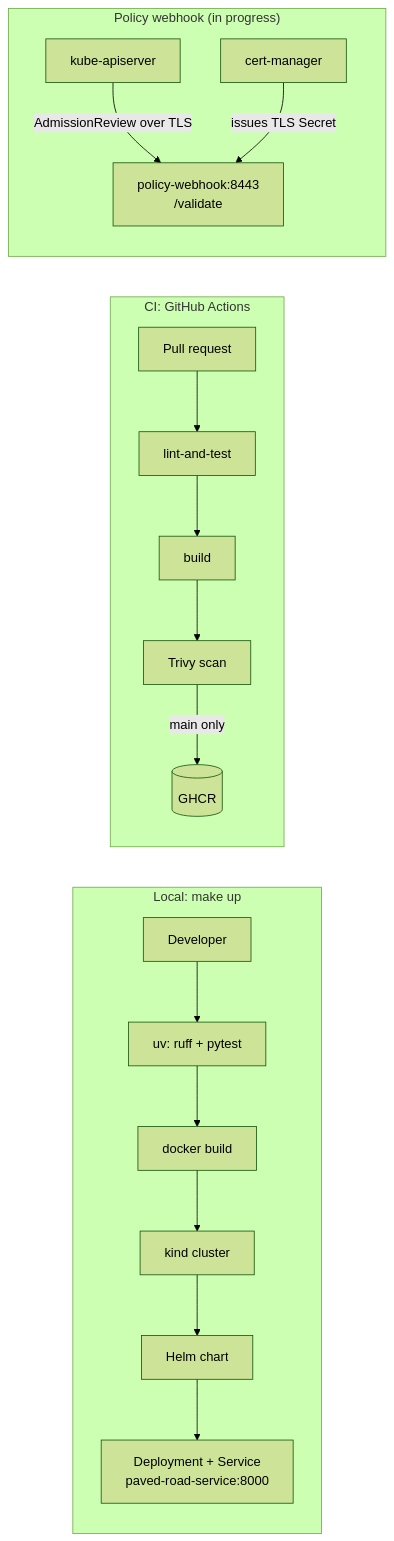
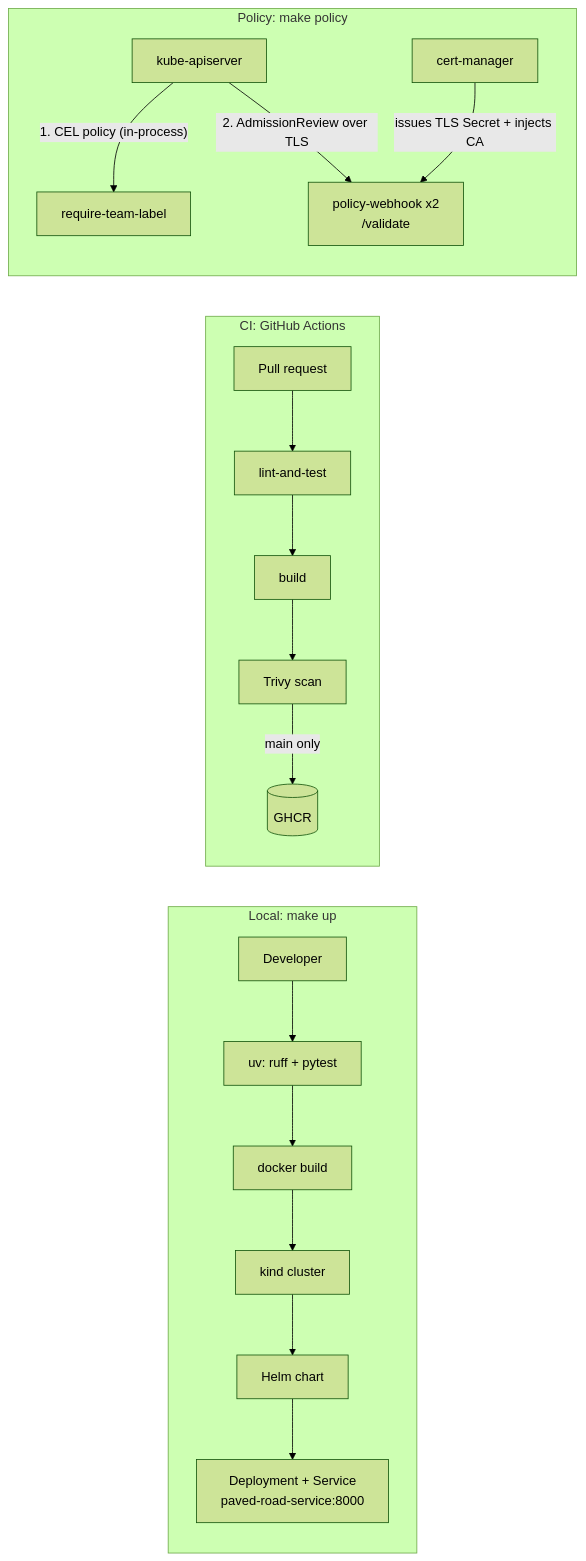
One commit to Shirojoufu/Service-Template changed the diagram in README.md. Above: the diagram before and after it, drawn with Mermaid (forest theme). The commit also changed other lines of this file and 7 other files, not shown here.

First line of the commit message:
Wire the policy webhook into the cluster (#12)

````diff
--- a/README.md
+++ b/README.md
@@ -95,22 +116,23 @@
 ```mermaid
 flowchart LR
     subgraph local["Local: make up"]
         dev[Developer] --> test["uv: ruff + pytest"]
         test --> build[docker build]
         build --> kind[kind cluster]
         kind --> helm[Helm chart]
         helm --> pod["Deployment + Service<br/>paved-road-service:8000"]
     end
 
     subgraph ci["CI: GitHub Actions"]
         pr[Pull request] --> lt[lint-and-test]
         lt --> cb[build]
         cb --> scan[Trivy scan]
         scan -->|main only| ghcr[(GHCR)]
     end
 
-    subgraph policy["Policy webhook (in progress)"]
-        api[kube-apiserver] -->|AdmissionReview over TLS| wh["policy-webhook:8443<br/>/validate"]
-        cm[cert-manager] -->|issues TLS Secret| wh
+    subgraph policy["Policy: make policy"]
+        api[kube-apiserver] -->|"1. CEL policy (in-process)"| cel[require-team-label]
+        api -->|"2. AdmissionReview over TLS"| wh["policy-webhook x2<br/>/validate"]
+        cm[cert-manager] -->|issues TLS Secret + injects CA| wh
     end
 ```
````
